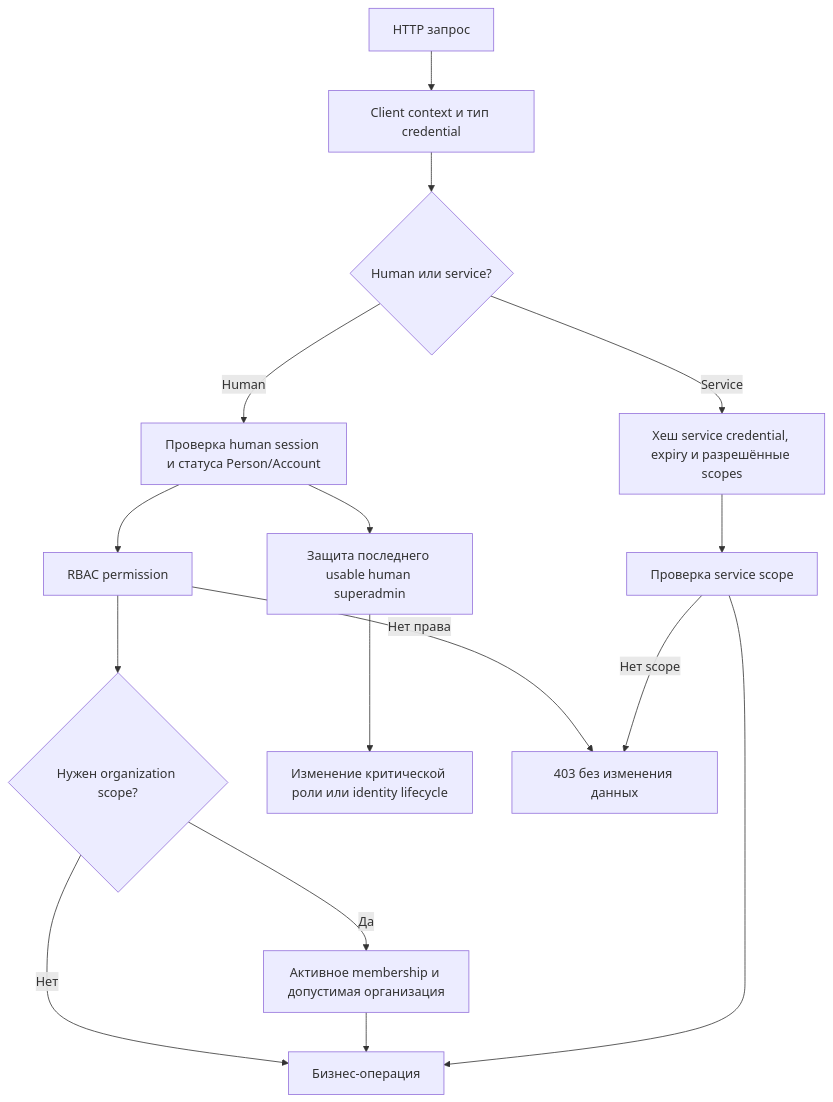
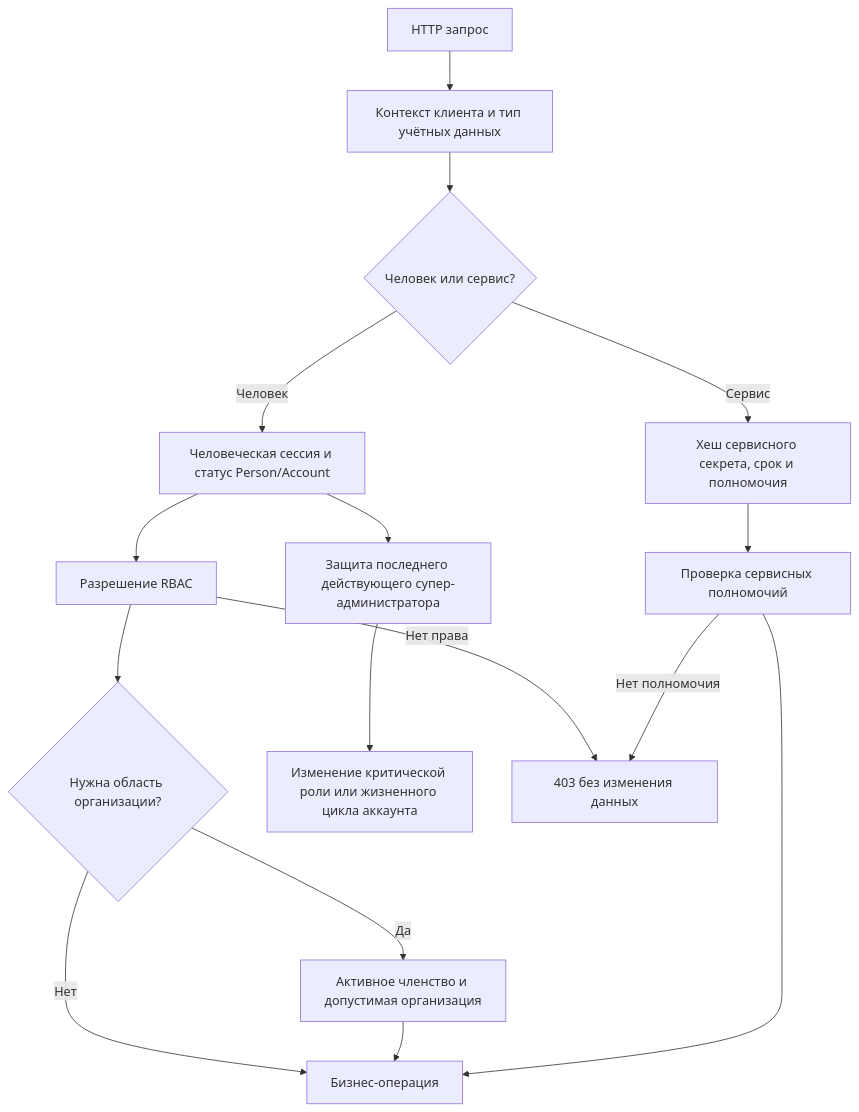
The diagram in docs/processes/04-authorization.mmd (YCleffo/Platform), drawn with Mermaid before and after one commit. The commit also changed 188 other files, not shown here.

```diff
--- a/docs/processes/04-authorization.mmd
+++ b/docs/processes/04-authorization.mmd
@@ -1,16 +1,16 @@
 flowchart TD
-  Request[HTTP запрос] --> Context[Client context и тип credential]
-  Context --> Kind{Human или service?}
-  Kind -->|Human| Session[Проверка human session и статуса Person/Account]
-  Kind -->|Service| Service[Хеш service credential, expiry и разрешённые scopes]
-  Session --> Permission[RBAC permission]
-  Permission --> Organization{Нужен organization scope?}
-  Organization -->|Да| Membership[Активное membership и допустимая организация]
+  Request[HTTP запрос] --> Context[Контекст клиента и тип учётных данных]
+  Context --> Kind{Человек или сервис?}
+  Kind -->|Человек| Session[Человеческая сессия и статус Person/Account]
+  Kind -->|Сервис| Сервис[Хеш сервисного секрета, срок и полномочия]
+  Session --> Permission[Разрешение RBAC]
+  Permission --> Organization{Нужна область организации?}
+  Organization -->|Да| Membership[Активное членство и допустимая организация]
   Organization -->|Нет| Allowed
   Membership --> Allowed[Бизнес-операция]
-  Service --> Scope[Проверка service scope]
+  Сервис --> Scope[Проверка сервисных полномочий]
   Scope --> Allowed
-  Session --> Guard[Защита последнего usable human superadmin]
-  Guard --> RoleChange[Изменение критической роли или identity lifecycle]
+  Session --> Guard[Защита последнего действующего супер-администратора]
+  Guard --> RoleChange[Изменение критической роли или жизненного цикла аккаунта]
   Permission -->|Нет права| Forbidden[403 без изменения данных]
-  Scope -->|Нет scope| Forbidden
+  Scope -->|Нет полномочия| Forbidden
```
